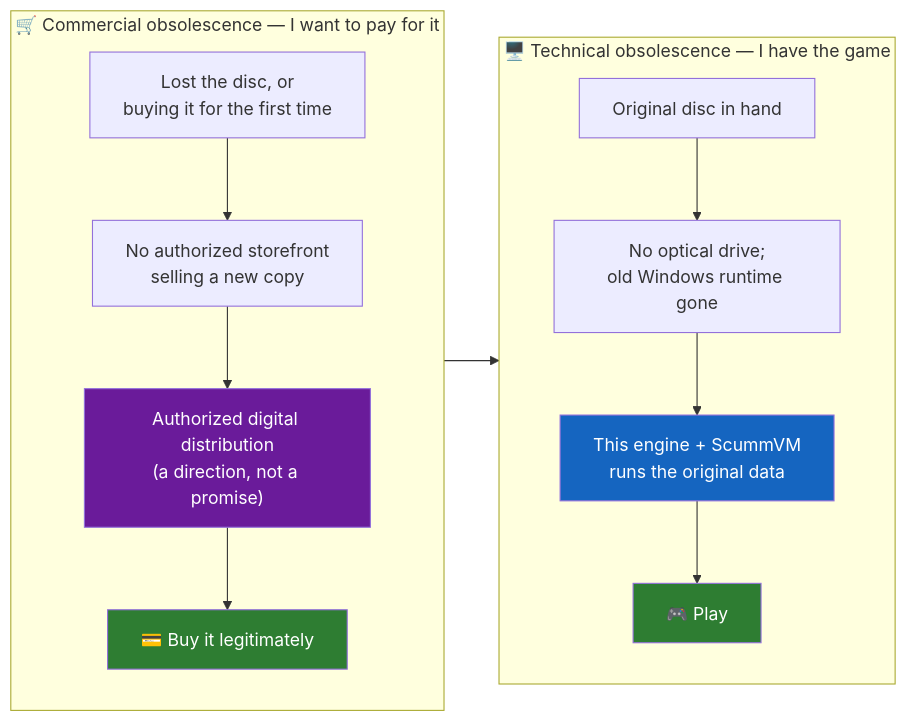
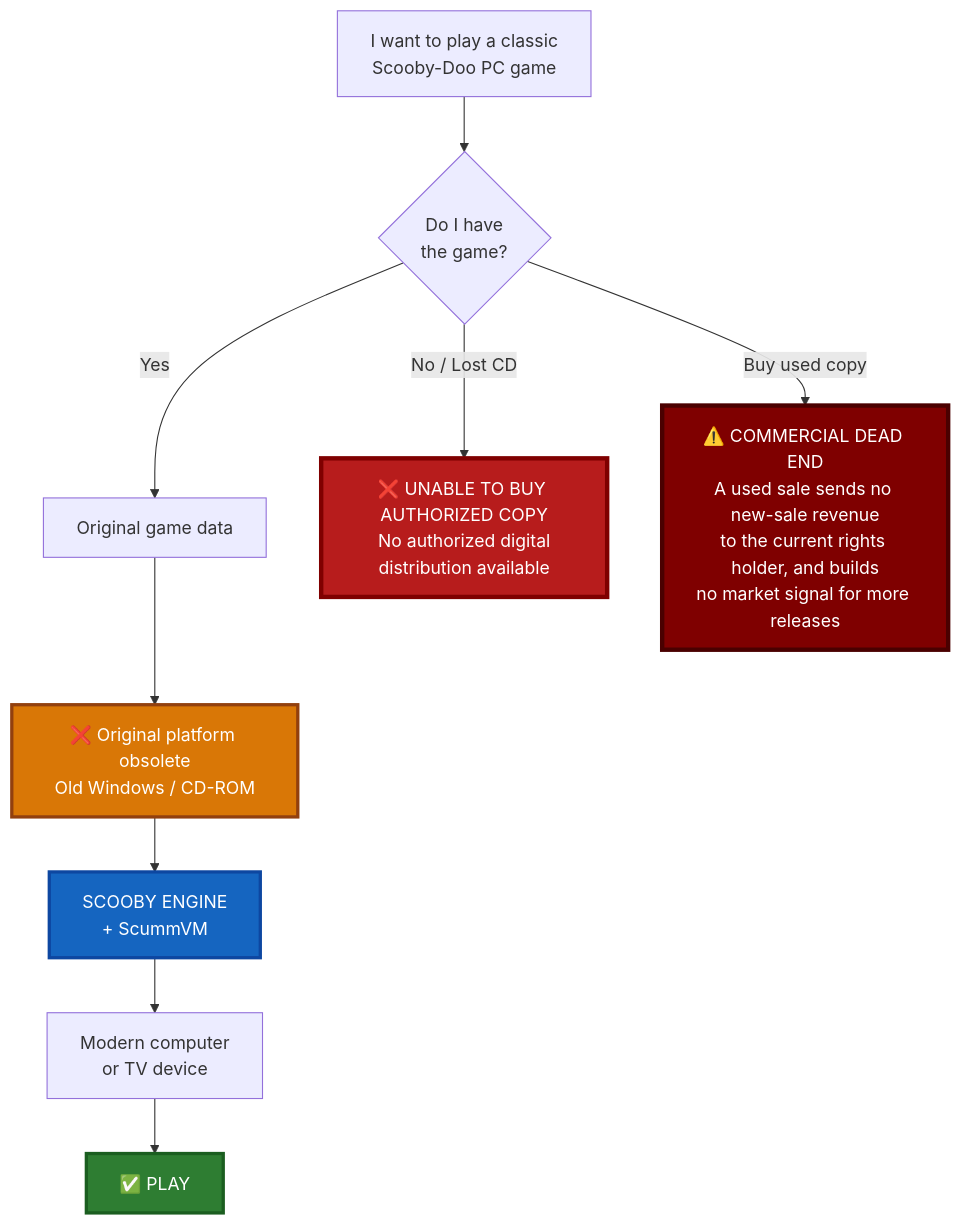
The diagram in README.md (barefootbetters/scooby-engine), drawn with Mermaid before and after one commit. The commit also changed other lines of this file, not shown here.

First line of the commit message:
docs: make the broken purchase path a dead end in the diagram (#168)

````diff
--- a/README.md
+++ b/README.md
@@ -42,17 +40,21 @@
 ```mermaid
-flowchart LR
-    subgraph TECH["🖥️ Technical obsolescence — I have the game"]
-      direction TB
-      A["Original disc in hand"] --> A2["No optical drive;<br/>old Windows runtime gone"] --> A3["This engine + ScummVM<br/>runs the original data"] --> A4["🎮 Play"]
-    end
-    subgraph COMM["🛒 Commercial obsolescence — I want to pay for it"]
-      direction TB
-      B["Lost the disc, or<br/>buying it for the first time"] --> B2["No authorized storefront<br/>selling a new copy"] --> B3["Authorized digital distribution<br/>(a direction, not a promise)"] --> B4["💳 Buy it legitimately"]
-    end
-    B4 --> A3
+flowchart TD
+    A["I want to play a classic<br/>Scooby-Doo PC game"]
 
-    style A3 fill:#1565c0,color:#fff
-    style B3 fill:#6a1b9a,color:#fff
-    style A4 fill:#2e7d32,color:#fff
-    style B4 fill:#2e7d32,color:#fff
+    A --> B{"Do I have<br/>the game?"}
+
+    B -->|"Yes"| C["Original game data"]
+    B -->|"No / Lost CD"| D["❌ UNABLE TO BUY AUTHORIZED COPY<br/>No authorized digital<br/>distribution available"]
+    B -->|"Buy used copy"| U["⚠️ COMMERCIAL DEAD END<br/>A used sale sends no new-sale revenue<br/>to the current rights holder, and builds<br/>no market signal for more releases"]
+
+    C --> E["❌ Original platform obsolete<br/>Old Windows / CD-ROM"]
+    E --> F["SCOOBY ENGINE<br/>+ ScummVM"]
+    F --> G["Modern computer<br/>or TV device"]
+    G --> H["✅ PLAY"]
+
+    style D fill:#b71c1c,color:#fff,stroke:#7f0000,stroke-width:4px
+    style U fill:#7f0000,color:#fff,stroke:#4a0000,stroke-width:4px
+    style E fill:#d97706,color:#fff,stroke:#92400e,stroke-width:3px
+    style F fill:#1565c0,color:#fff,stroke:#0d47a1,stroke-width:3px
+    style H fill:#2e7d32,color:#fff,stroke:#1b5e20,stroke-width:3px
 ```
````
